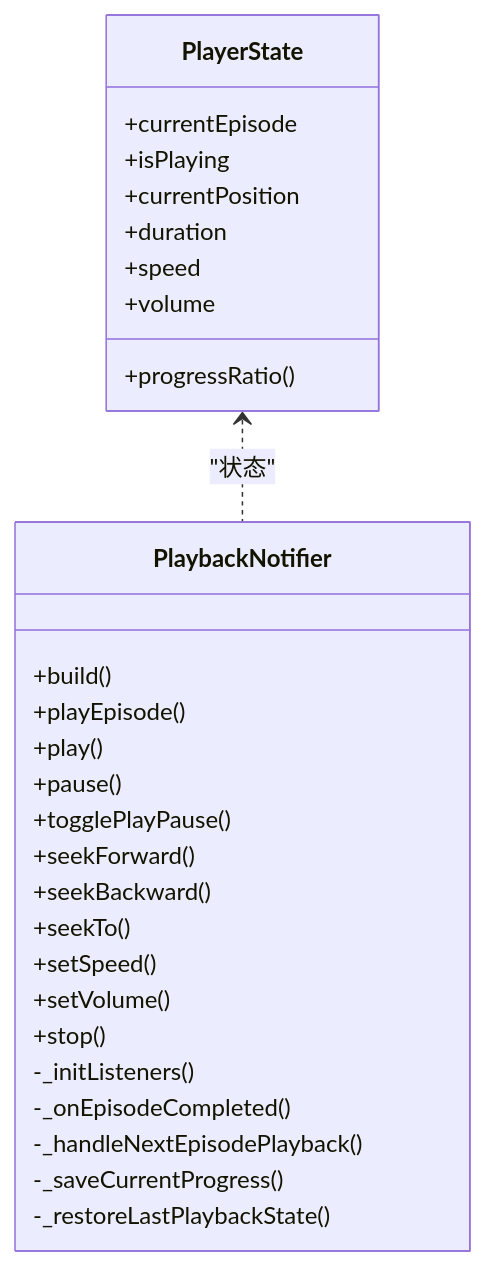
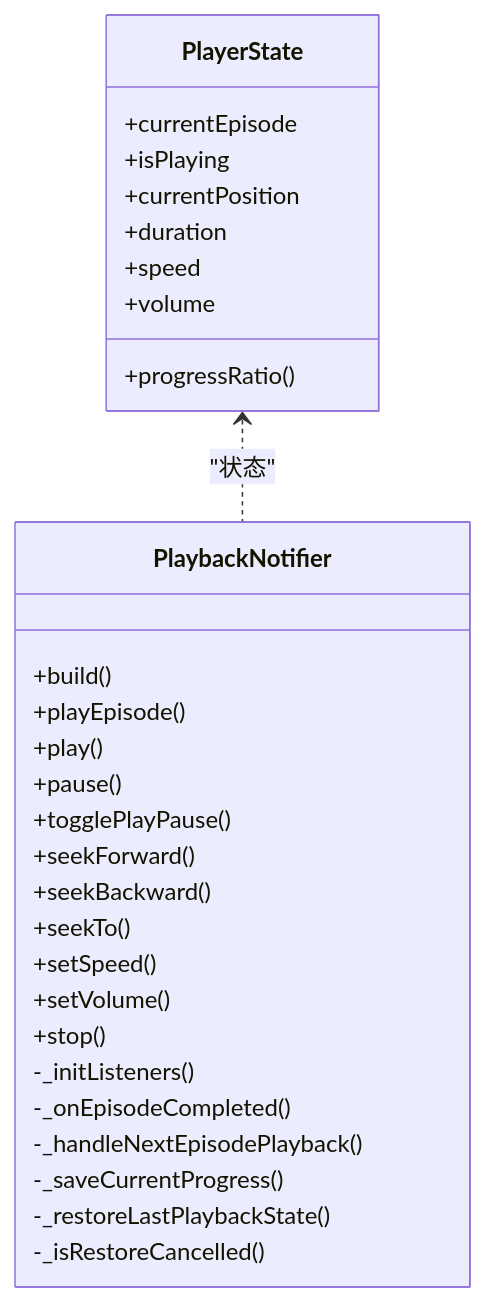
The fourth of 6 diagrams in .qoder/repowiki/zh/content/核心功能模块/音频播放系统/音频播放系统.md (ZTfer/Tinycast), drawn with Mermaid before and after one commit. The commit also changed other lines of this file and 210 other files, not shown here.

````diff
--- a/.qoder/repowiki/zh/content/核心功能模块/音频播放系统/音频播放系统.md
+++ b/.qoder/repowiki/zh/content/核心功能模块/音频播放系统/音频播放系统.md
@@ -237,31 +255,32 @@
 ```mermaid
 classDiagram
 class PlayerState {
 +currentEpisode
 +isPlaying
 +currentPosition
 +duration
 +speed
 +volume
 +progressRatio()
 }
 class PlaybackNotifier {
 +build()
 +playEpisode()
 +play()
 +pause()
 +togglePlayPause()
 +seekForward()
 +seekBackward()
 +seekTo()
 +setSpeed()
 +setVolume()
 +stop()
 -_initListeners()
 -_onEpisodeCompleted()
 -_handleNextEpisodePlayback()
 -_saveCurrentProgress()
 -_restoreLastPlaybackState()
+-_isRestoreCancelled()
 }
 PlayerState <.. PlaybackNotifier : "状态"
 ```
````
